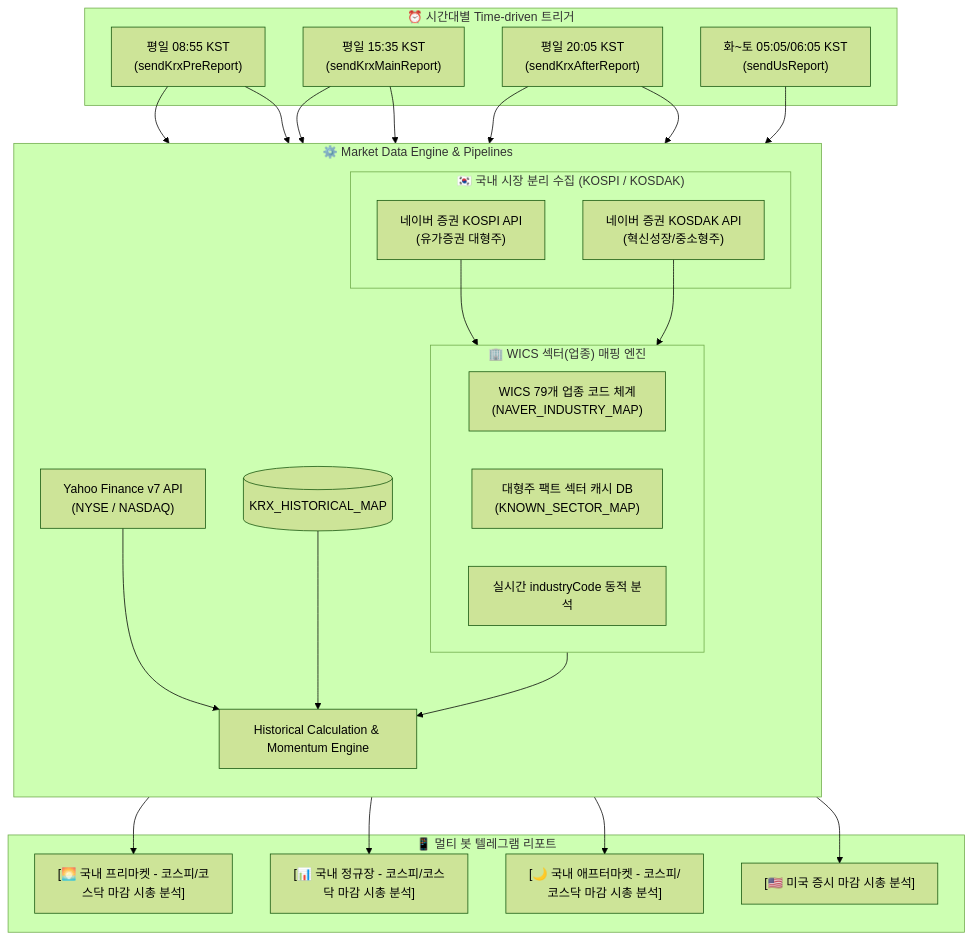
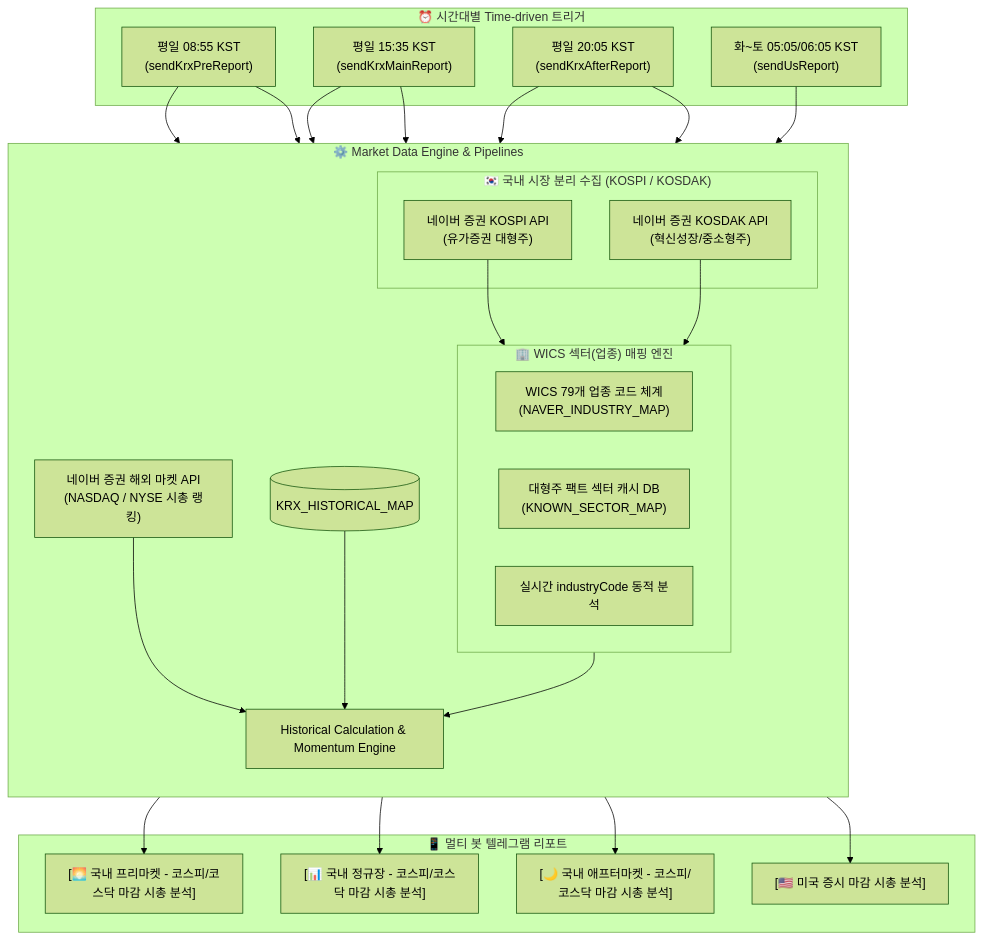
Before and after one commit to moozuknet/StockRankInfo: the diagram in DEVELOPMENT_GUIDE.md, drawn with Mermaid (forest theme). The commit also changed other lines of this file and 3 other files, not shown here.

````diff
--- a/DEVELOPMENT_GUIDE.md
+++ b/DEVELOPMENT_GUIDE.md
@@ -72,46 +72,46 @@
 ```mermaid
 flowchart TD
     subgraph TriggerSchedule["⏰ 시간대별 Time-driven 트리거"]
         T1["평일 08:55 KST<br>(sendKrxPreReport)"]
         T2["평일 15:35 KST<br>(sendKrxMainReport)"]
         T3["평일 20:05 KST<br>(sendKrxAfterReport)"]
         T4["화~토 05:05/06:05 KST<br>(sendUsReport)"]
     end
 
     subgraph DataEngine["⚙️ Market Data Engine & Pipelines"]
         direction TB
         subgraph MarketSplit["🇰🇷 국내 시장 분리 수집 (KOSPI / KOSDAK)"]
             API_KOSPI["네이버 증권 KOSPI API<br>(유가증권 대형주)"]
             API_KOSDAK["네이버 증권 KOSDAK API<br>(혁신성장/중소형주)"]
         end
         subgraph SectorEngine["🏢 WICS 섹터(업종) 매핑 엔진"]
             WICS_MAP["WICS 79개 업종 코드 체계<br>(NAVER_INDUSTRY_MAP)"]
             SECTOR_CACHE["대형주 팩트 섹터 캐시 DB<br>(KNOWN_SECTOR_MAP)"]
             SECTOR_DYNAMIC["실시간 industryCode 동적 분석"]
         end
-        API_US["Yahoo Finance v7 API<br>(NYSE / NASDAQ)"]
+        API_US["네이버 증권 해외 마켓 API<br>(NASDAQ / NYSE 시총 랭킹)"]
         DB[(KRX_HISTORICAL_MAP)]
         Engine["Historical Calculation & Momentum Engine"]
     end
 
     subgraph TelegramAlerts["📱 멀티 봇 텔레그램 리포트"]
         R1["[🌅 국내 프리마켓 - 코스피/코스닥 마감 시총 분석]"]
         R2["[📊 국내 정규장 - 코스피/코스닥 마감 시총 분석]"]
         R3["[🌙 국내 애프터마켓 - 코스피/코스닥 마감 시총 분석]"]
         R4["[🇺🇸 미국 증시 마감 시총 분석]"]
     end
 
     T1 --> API_KOSPI & API_KOSDAK
     T2 --> API_KOSPI & API_KOSDAK
     T3 --> API_KOSPI & API_KOSDAK
     T4 --> API_US
 
     API_KOSPI & API_KOSDAK --> SectorEngine --> Engine
     API_US --> Engine
     DB --> Engine
 
     Engine --> R1
     Engine --> R2
     Engine --> R3
     Engine --> R4
 ```
````
